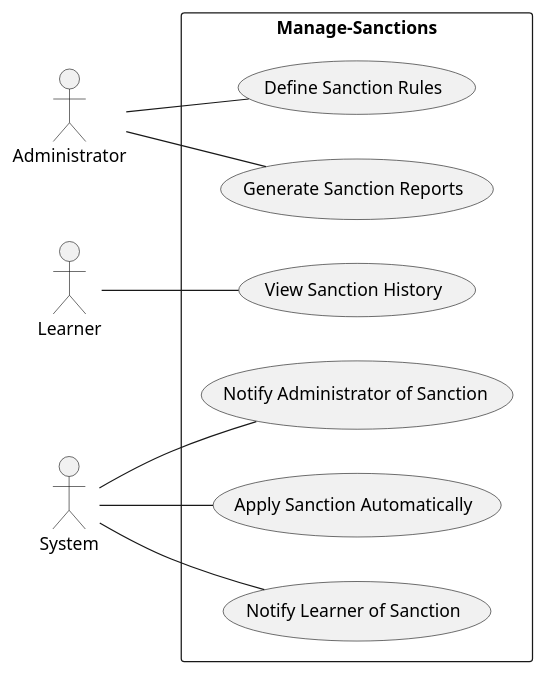
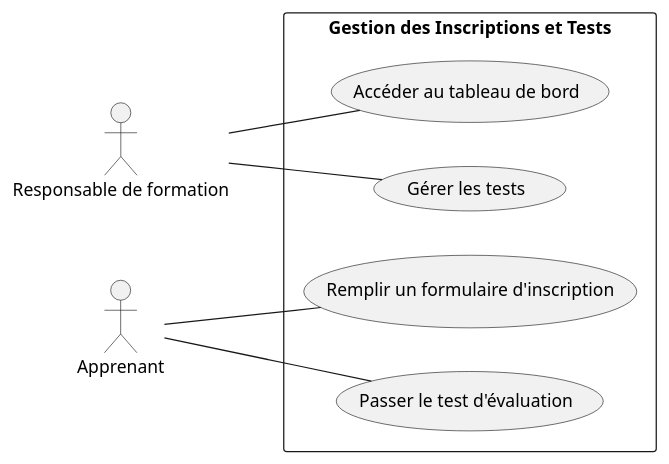
Before and after one commit to samiaBoug/Soli_LMS_Test_Inscription: the diagram in Analyse/use_case.puml, drawn with PlantUML.

Commit message:
add use case

```diff
--- a/Analyse/use_case.puml
+++ b/Analyse/use_case.puml
@@ -1,23 +1,20 @@
 @startuml
 left to right direction
-actor Administrator as Admin
-actor Learner
-actor System
 
-rectangle Manage-Sanctions {
-usecase "Define Sanction Rules" as UC1
-usecase "Apply Sanction Automatically" as UC2
-usecase "Notify Learner of Sanction" as UC3
-usecase "Notify Administrator of Sanction" as UC4
-usecase "View Sanction History" as UC5
-usecase "Generate Sanction Reports" as UC6
+actor "Responsable de formation" as Admin
+actor "Apprenant" as Apprenant
+
+rectangle "Gestion des Inscriptions et Tests" {
+  usecase "Remplir un formulaire d'inscription" as UC1
+  usecase "Passer le test d'évaluation" as UC2
+  usecase "Accéder au tableau de bord" as UC3
+  usecase "Gérer les tests" as UC4
+
 }
 
-Admin -- UC1
-Admin -- UC6
-System -- UC2
-System -- UC3
-System -- UC4
-Learner -- UC5
+Admin -- UC3 
+Admin -- UC4 
+Apprenant -- UC1
+Apprenant -- UC2 
 
 @enduml
```
